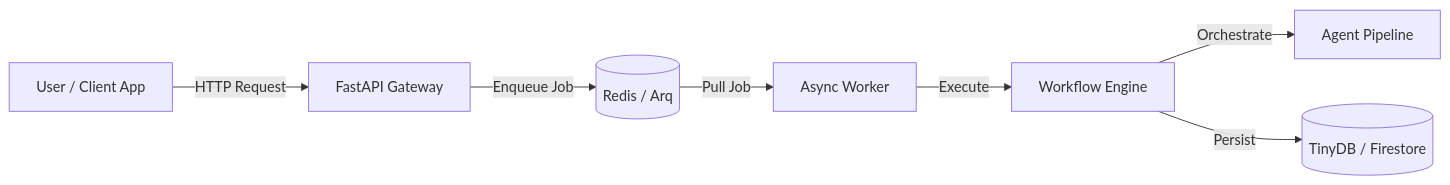
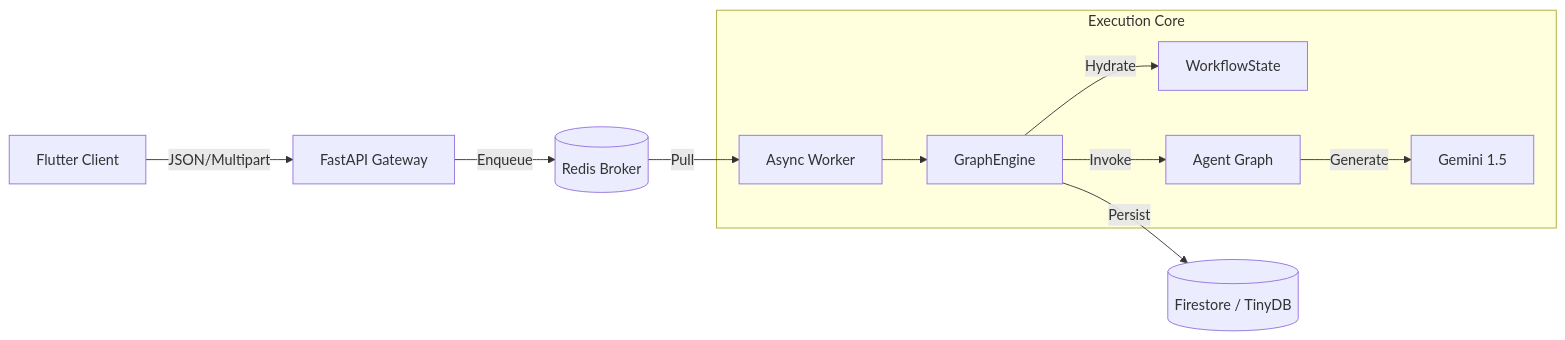
The diagram in README.md (launis/quorum), drawn with Mermaid before and after one commit. The commit also changed other lines of this file and 17 other files, not shown here.

Commit message:
feat: Add comprehensive documentation for system architecture, data management, and various core components, and update the README.

````diff
--- a/README.md
+++ b/README.md
@@ -41,9 +39,15 @@
 ```mermaid
 graph LR
-    User[User / Client App] -->|HTTP Request| API[FastAPI Gateway]
-    API -->|Enqueue Job| Redis[(Redis / Arq)]
-    Redis -->|Pull Job| Worker[Async Worker]
-    Worker -->|Execute| Engine[Workflow Engine]
-    Engine -->|Orchestrate| Agents[Agent Pipeline]
-    Engine -->|Persist| DB[(TinyDB / Firestore)]
+    User[Flutter Client] -->|JSON/Multipart| API[FastAPI Gateway]
+    API -->|Enqueue| Redis[(Redis Broker)]
+    Redis -->|Pull| Worker[Async Worker]
+    
+    subgraph "Execution Core"
+        Worker --> Engine[GraphEngine]
+        Engine -->|Hydrate| State[WorkflowState]
+        Engine -->|Invoke| Agents[Agent Graph]
+        Agents -->|Generate| LLM[Gemini 1.5]
+    end
+    
+    Engine -->|Persist| DB[(Firestore / TinyDB)]
 ```
````
